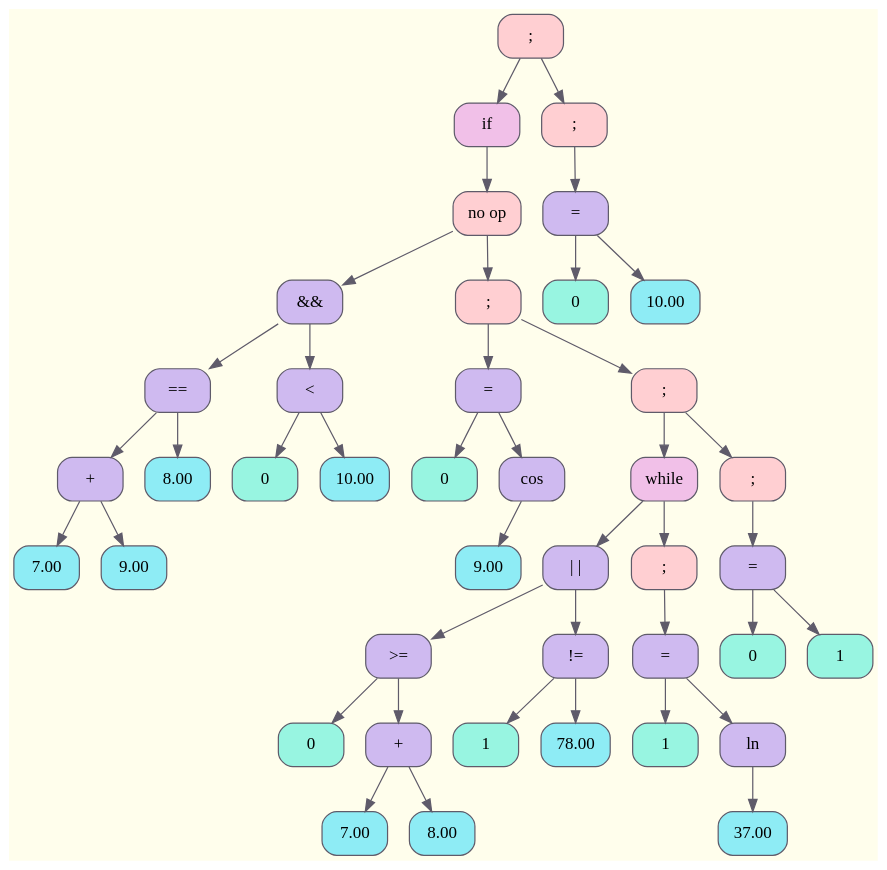
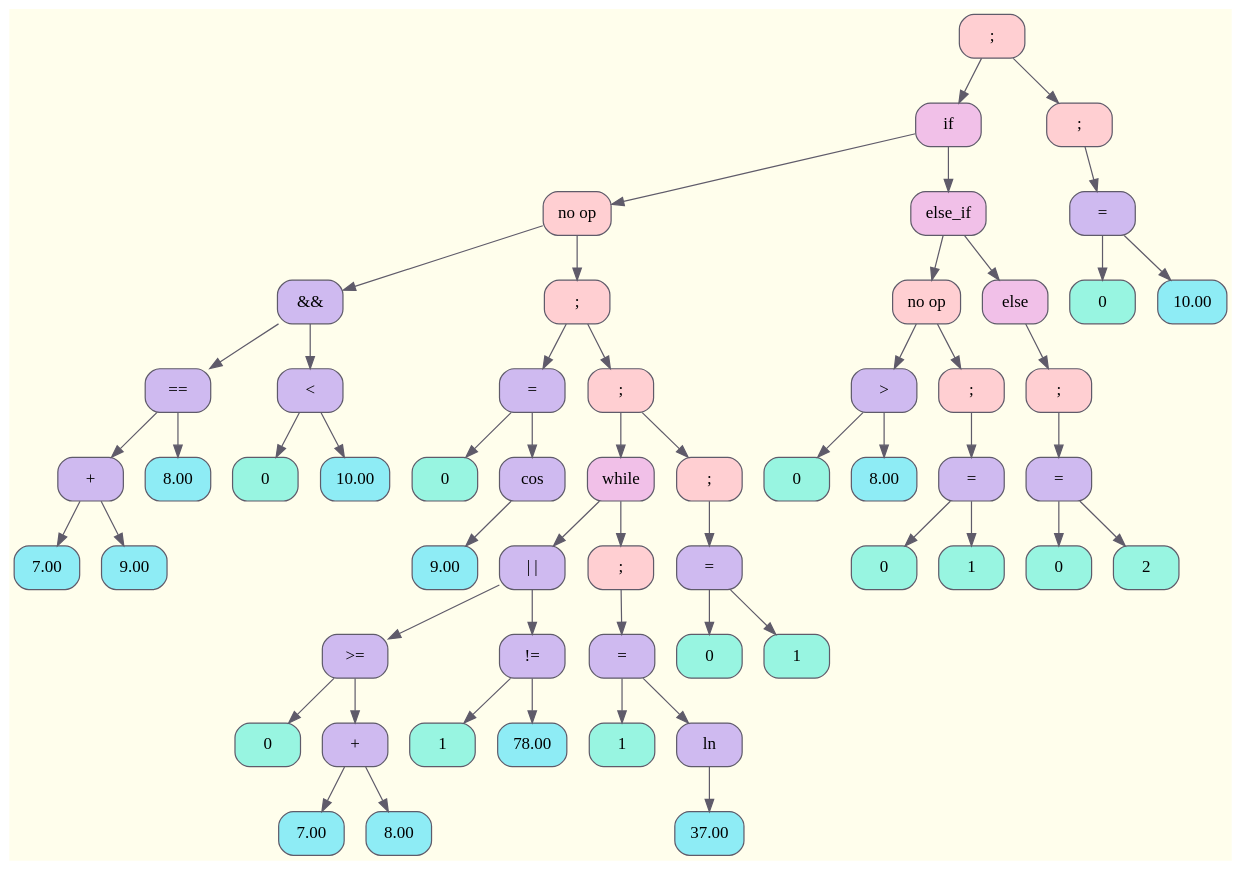
Before and after one commit to ksshkh/language: the diagram in frontend/debug/tree.dot, drawn with Graphviz. The commit also changed 8 other files, not shown here.

```diff
--- a/frontend/debug/tree.dot
+++ b/frontend/debug/tree.dot
@@ -3,85 +3,113 @@
 	node [shape = record];
 	edge [color = "#5F5B6A"];
 	bgcolor = "#FFFEEC";
-	node0x6303d61acb70 [color = "#5F5B6A", shape = Mrecord, style = filled, fillcolor = "#FFCFD2", label = "{;}"];
-		node0x6303d61acb70 -> node0x6303d61acae0
-	node0x6303d61acae0 [color = "#5F5B6A", shape = Mrecord, style = filled, fillcolor = "#F1C0E8", label = "{if}"];
-		node0x6303d61acae0 -> node0x6303d61acab0
-	node0x6303d61acab0 [color = "#5F5B6A", shape = Mrecord, style = filled, fillcolor = "#FFCFD2", label = "{no op}"];
-		node0x6303d61acab0 -> node0x6303d61ac7e0
-	node0x6303d61ac7e0 [color = "#5F5B6A", shape = Mrecord, style = filled, fillcolor = "#CFBAF0", label = "{&&}"];
-		node0x6303d61ac7e0 -> node0x6303d61ac780
-	node0x6303d61ac780 [color = "#5F5B6A", shape = Mrecord, style = filled, fillcolor = "#CFBAF0", label = "{==}"];
-		node0x6303d61ac780 -> node0x6303d61ac750
-	node0x6303d61ac750 [color = "#5F5B6A", shape = Mrecord, style = filled, fillcolor = "#CFBAF0", label = "{+}"];
-		node0x6303d61ac750 -> node0x6303d61aba10
-	node0x6303d61aba10 [color = "#5F5B6A", shape = Mrecord, style = filled, fillcolor = "#8EECF5", label = "{7.00}"];
-		node0x6303d61ac750 -> node0x6303d61aba70
-	node0x6303d61aba70 [color = "#5F5B6A", shape = Mrecord, style = filled, fillcolor = "#8EECF5", label = "{9.00}"];
-		node0x6303d61ac780 -> node0x6303d61abad0
-	node0x6303d61abad0 [color = "#5F5B6A", shape = Mrecord, style = filled, fillcolor = "#8EECF5", label = "{8.00}"];
-		node0x6303d61ac7e0 -> node0x6303d61ac7b0
-	node0x6303d61ac7b0 [color = "#5F5B6A", shape = Mrecord, style = filled, fillcolor = "#CFBAF0", label = "{&lt;}"];
-		node0x6303d61ac7b0 -> node0x6303d61abb30
-	node0x6303d61abb30 [color = "#5F5B6A", shape = Mrecord, style = filled, fillcolor = "#98F5E1", label = "{0}"];
-		node0x6303d61ac7b0 -> node0x6303d61abb90
-	node0x6303d61abb90 [color = "#5F5B6A", shape = Mrecord, style = filled, fillcolor = "#8EECF5", label = "{10.00}"];
-		node0x6303d61acab0 -> node0x6303d61aca80
-	node0x6303d61aca80 [color = "#5F5B6A", shape = Mrecord, style = filled, fillcolor = "#FFCFD2", label = "{;}"];
-		node0x6303d61aca80 -> node0x6303d61ac840
-	node0x6303d61ac840 [color = "#5F5B6A", shape = Mrecord, style = filled, fillcolor = "#CFBAF0", label = "{=}"];
-		node0x6303d61ac840 -> node0x6303d61abc20
-	node0x6303d61abc20 [color = "#5F5B6A", shape = Mrecord, style = filled, fillcolor = "#98F5E1", label = "{0}"];
-		node0x6303d61ac840 -> node0x6303d61ac810
-	node0x6303d61ac810 [color = "#5F5B6A", shape = Mrecord, style = filled, fillcolor = "#CFBAF0", label = "{cos}"];
-		node0x6303d61ac810 -> node0x6303d61abce0
-	node0x6303d61abce0 [color = "#5F5B6A", shape = Mrecord, style = filled, fillcolor = "#8EECF5", label = "{9.00}"];
-		node0x6303d61aca80 -> node0x6303d61aca50
-	node0x6303d61aca50 [color = "#5F5B6A", shape = Mrecord, style = filled, fillcolor = "#FFCFD2", label = "{;}"];
-		node0x6303d61aca50 -> node0x6303d61ac9c0
-	node0x6303d61ac9c0 [color = "#5F5B6A", shape = Mrecord, style = filled, fillcolor = "#F1C0E8", label = "{while}"];
-		node0x6303d61ac9c0 -> node0x6303d61ac900
-	node0x6303d61ac900 [color = "#5F5B6A", shape = Mrecord, style = filled, fillcolor = "#CFBAF0", label = "{\| \|}"];
-		node0x6303d61ac900 -> node0x6303d61ac8a0
-	node0x6303d61ac8a0 [color = "#5F5B6A", shape = Mrecord, style = filled, fillcolor = "#CFBAF0", label = "{&gt;=}"];
-		node0x6303d61ac8a0 -> node0x6303d61abdd0
-	node0x6303d61abdd0 [color = "#5F5B6A", shape = Mrecord, style = filled, fillcolor = "#98F5E1", label = "{0}"];
-		node0x6303d61ac8a0 -> node0x6303d61ac870
-	node0x6303d61ac870 [color = "#5F5B6A", shape = Mrecord, style = filled, fillcolor = "#CFBAF0", label = "{+}"];
-		node0x6303d61ac870 -> node0x6303d61abe30
-	node0x6303d61abe30 [color = "#5F5B6A", shape = Mrecord, style = filled, fillcolor = "#8EECF5", label = "{7.00}"];
-		node0x6303d61ac870 -> node0x6303d61abe90
-	node0x6303d61abe90 [color = "#5F5B6A", shape = Mrecord, style = filled, fillcolor = "#8EECF5", label = "{8.00}"];
-		node0x6303d61ac900 -> node0x6303d61ac8d0
-	node0x6303d61ac8d0 [color = "#5F5B6A", shape = Mrecord, style = filled, fillcolor = "#CFBAF0", label = "{!=}"];
-		node0x6303d61ac8d0 -> node0x6303d61abef0
-	node0x6303d61abef0 [color = "#5F5B6A", shape = Mrecord, style = filled, fillcolor = "#98F5E1", label = "{1}"];
-		node0x6303d61ac8d0 -> node0x6303d61abf50
-	node0x6303d61abf50 [color = "#5F5B6A", shape = Mrecord, style = filled, fillcolor = "#8EECF5", label = "{78.00}"];
-		node0x6303d61ac9c0 -> node0x6303d61ac990
-	node0x6303d61ac990 [color = "#5F5B6A", shape = Mrecord, style = filled, fillcolor = "#FFCFD2", label = "{;}"];
-		node0x6303d61ac990 -> node0x6303d61ac960
-	node0x6303d61ac960 [color = "#5F5B6A", shape = Mrecord, style = filled, fillcolor = "#CFBAF0", label = "{=}"];
-		node0x6303d61ac960 -> node0x6303d61abfe0
-	node0x6303d61abfe0 [color = "#5F5B6A", shape = Mrecord, style = filled, fillcolor = "#98F5E1", label = "{1}"];
-		node0x6303d61ac960 -> node0x6303d61ac930
-	node0x6303d61ac930 [color = "#5F5B6A", shape = Mrecord, style = filled, fillcolor = "#CFBAF0", label = "{ln}"];
-		node0x6303d61ac930 -> node0x6303d61ac0a0
-	node0x6303d61ac0a0 [color = "#5F5B6A", shape = Mrecord, style = filled, fillcolor = "#8EECF5", label = "{37.00}"];
-		node0x6303d61aca50 -> node0x6303d61aca20
-	node0x6303d61aca20 [color = "#5F5B6A", shape = Mrecord, style = filled, fillcolor = "#FFCFD2", label = "{;}"];
-		node0x6303d61aca20 -> node0x6303d61ac9f0
-	node0x6303d61ac9f0 [color = "#5F5B6A", shape = Mrecord, style = filled, fillcolor = "#CFBAF0", label = "{=}"];
-		node0x6303d61ac9f0 -> node0x6303d61ac160
-	node0x6303d61ac160 [color = "#5F5B6A", shape = Mrecord, style = filled, fillcolor = "#98F5E1", label = "{0}"];
-		node0x6303d61ac9f0 -> node0x6303d61ac1c0
-	node0x6303d61ac1c0 [color = "#5F5B6A", shape = Mrecord, style = filled, fillcolor = "#98F5E1", label = "{1}"];
-		node0x6303d61acb70 -> node0x6303d61acb40
-	node0x6303d61acb40 [color = "#5F5B6A", shape = Mrecord, style = filled, fillcolor = "#FFCFD2", label = "{;}"];
-		node0x6303d61acb40 -> node0x6303d61acb10
-	node0x6303d61acb10 [color = "#5F5B6A", shape = Mrecord, style = filled, fillcolor = "#CFBAF0", label = "{=}"];
-		node0x6303d61acb10 -> node0x6303d61ac250
-	node0x6303d61ac250 [color = "#5F5B6A", shape = Mrecord, style = filled, fillcolor = "#98F5E1", label = "{0}"];
-		node0x6303d61acb10 -> node0x6303d61ac2b0
-	node0x6303d61ac2b0 [color = "#5F5B6A", shape = Mrecord, style = filled, fillcolor = "#8EECF5", label = "{10.00}"];
+	node0x63805e4bc240 [color = "#5F5B6A", shape = Mrecord, style = filled, fillcolor = "#FFCFD2", label = "{;}"];
+		node0x63805e4bc240 -> node0x63805e4bc1b0
+	node0x63805e4bc1b0 [color = "#5F5B6A", shape = Mrecord, style = filled, fillcolor = "#F1C0E8", label = "{if}"];
+		node0x63805e4bc1b0 -> node0x63805e4bc000
+	node0x63805e4bc000 [color = "#5F5B6A", shape = Mrecord, style = filled, fillcolor = "#FFCFD2", label = "{no op}"];
+		node0x63805e4bc000 -> node0x63805e4bbd30
+	node0x63805e4bbd30 [color = "#5F5B6A", shape = Mrecord, style = filled, fillcolor = "#CFBAF0", label = "{&&}"];
+		node0x63805e4bbd30 -> node0x63805e4bbcd0
+	node0x63805e4bbcd0 [color = "#5F5B6A", shape = Mrecord, style = filled, fillcolor = "#CFBAF0", label = "{==}"];
+		node0x63805e4bbcd0 -> node0x63805e4bbca0
+	node0x63805e4bbca0 [color = "#5F5B6A", shape = Mrecord, style = filled, fillcolor = "#CFBAF0", label = "{+}"];
+		node0x63805e4bbca0 -> node0x63805e4babd0
+	node0x63805e4babd0 [color = "#5F5B6A", shape = Mrecord, style = filled, fillcolor = "#8EECF5", label = "{7.00}"];
+		node0x63805e4bbca0 -> node0x63805e4bac30
+	node0x63805e4bac30 [color = "#5F5B6A", shape = Mrecord, style = filled, fillcolor = "#8EECF5", label = "{9.00}"];
+		node0x63805e4bbcd0 -> node0x63805e4bac90
+	node0x63805e4bac90 [color = "#5F5B6A", shape = Mrecord, style = filled, fillcolor = "#8EECF5", label = "{8.00}"];
+		node0x63805e4bbd30 -> node0x63805e4bbd00
+	node0x63805e4bbd00 [color = "#5F5B6A", shape = Mrecord, style = filled, fillcolor = "#CFBAF0", label = "{&lt;}"];
+		node0x63805e4bbd00 -> node0x63805e4bacf0
+	node0x63805e4bacf0 [color = "#5F5B6A", shape = Mrecord, style = filled, fillcolor = "#98F5E1", label = "{0}"];
+		node0x63805e4bbd00 -> node0x63805e4bad50
+	node0x63805e4bad50 [color = "#5F5B6A", shape = Mrecord, style = filled, fillcolor = "#8EECF5", label = "{10.00}"];
+		node0x63805e4bc000 -> node0x63805e4bbfd0
+	node0x63805e4bbfd0 [color = "#5F5B6A", shape = Mrecord, style = filled, fillcolor = "#FFCFD2", label = "{;}"];
+		node0x63805e4bbfd0 -> node0x63805e4bbd90
+	node0x63805e4bbd90 [color = "#5F5B6A", shape = Mrecord, style = filled, fillcolor = "#CFBAF0", label = "{=}"];
+		node0x63805e4bbd90 -> node0x63805e4bade0
+	node0x63805e4bade0 [color = "#5F5B6A", shape = Mrecord, style = filled, fillcolor = "#98F5E1", label = "{0}"];
+		node0x63805e4bbd90 -> node0x63805e4bbd60
+	node0x63805e4bbd60 [color = "#5F5B6A", shape = Mrecord, style = filled, fillcolor = "#CFBAF0", label = "{cos}"];
+		node0x63805e4bbd60 -> node0x63805e4baea0
+	node0x63805e4baea0 [color = "#5F5B6A", shape = Mrecord, style = filled, fillcolor = "#8EECF5", label = "{9.00}"];
+		node0x63805e4bbfd0 -> node0x63805e4bbfa0
+	node0x63805e4bbfa0 [color = "#5F5B6A", shape = Mrecord, style = filled, fillcolor = "#FFCFD2", label = "{;}"];
+		node0x63805e4bbfa0 -> node0x63805e4bbf10
+	node0x63805e4bbf10 [color = "#5F5B6A", shape = Mrecord, style = filled, fillcolor = "#F1C0E8", label = "{while}"];
+		node0x63805e4bbf10 -> node0x63805e4bbe50
+	node0x63805e4bbe50 [color = "#5F5B6A", shape = Mrecord, style = filled, fillcolor = "#CFBAF0", label = "{\| \|}"];
+		node0x63805e4bbe50 -> node0x63805e4bbdf0
+	node0x63805e4bbdf0 [color = "#5F5B6A", shape = Mrecord, style = filled, fillcolor = "#CFBAF0", label = "{&gt;=}"];
+		node0x63805e4bbdf0 -> node0x63805e4baf90
+	node0x63805e4baf90 [color = "#5F5B6A", shape = Mrecord, style = filled, fillcolor = "#98F5E1", label = "{0}"];
+		node0x63805e4bbdf0 -> node0x63805e4bbdc0
+	node0x63805e4bbdc0 [color = "#5F5B6A", shape = Mrecord, style = filled, fillcolor = "#CFBAF0", label = "{+}"];
+		node0x63805e4bbdc0 -> node0x63805e4baff0
+	node0x63805e4baff0 [color = "#5F5B6A", shape = Mrecord, style = filled, fillcolor = "#8EECF5", label = "{7.00}"];
+		node0x63805e4bbdc0 -> node0x63805e4bb050
+	node0x63805e4bb050 [color = "#5F5B6A", shape = Mrecord, style = filled, fillcolor = "#8EECF5", label = "{8.00}"];
+		node0x63805e4bbe50 -> node0x63805e4bbe20
+	node0x63805e4bbe20 [color = "#5F5B6A", shape = Mrecord, style = filled, fillcolor = "#CFBAF0", label = "{!=}"];
+		node0x63805e4bbe20 -> node0x63805e4bb0b0
+	node0x63805e4bb0b0 [color = "#5F5B6A", shape = Mrecord, style = filled, fillcolor = "#98F5E1", label = "{1}"];
+		node0x63805e4bbe20 -> node0x63805e4bb110
+	node0x63805e4bb110 [color = "#5F5B6A", shape = Mrecord, style = filled, fillcolor = "#8EECF5", label = "{78.00}"];
+		node0x63805e4bbf10 -> node0x63805e4bbee0
+	node0x63805e4bbee0 [color = "#5F5B6A", shape = Mrecord, style = filled, fillcolor = "#FFCFD2", label = "{;}"];
+		node0x63805e4bbee0 -> node0x63805e4bbeb0
+	node0x63805e4bbeb0 [color = "#5F5B6A", shape = Mrecord, style = filled, fillcolor = "#CFBAF0", label = "{=}"];
+		node0x63805e4bbeb0 -> node0x63805e4bb1a0
+	node0x63805e4bb1a0 [color = "#5F5B6A", shape = Mrecord, style = filled, fillcolor = "#98F5E1", label = "{1}"];
+		node0x63805e4bbeb0 -> node0x63805e4bbe80
+	node0x63805e4bbe80 [color = "#5F5B6A", shape = Mrecord, style = filled, fillcolor = "#CFBAF0", label = "{ln}"];
+		node0x63805e4bbe80 -> node0x63805e4bb260
+	node0x63805e4bb260 [color = "#5F5B6A", shape = Mrecord, style = filled, fillcolor = "#8EECF5", label = "{37.00}"];
+		node0x63805e4bbfa0 -> node0x63805e4bbf70
+	node0x63805e4bbf70 [color = "#5F5B6A", shape = Mrecord, style = filled, fillcolor = "#FFCFD2", label = "{;}"];
+		node0x63805e4bbf70 -> node0x63805e4bbf40
+	node0x63805e4bbf40 [color = "#5F5B6A", shape = Mrecord, style = filled, fillcolor = "#CFBAF0", label = "{=}"];
+		node0x63805e4bbf40 -> node0x63805e4bb320
+	node0x63805e4bb320 [color = "#5F5B6A", shape = Mrecord, style = filled, fillcolor = "#98F5E1", label = "{0}"];
+		node0x63805e4bbf40 -> node0x63805e4bb380
+	node0x63805e4bb380 [color = "#5F5B6A", shape = Mrecord, style = filled, fillcolor = "#98F5E1", label = "{1}"];
+		node0x63805e4bc1b0 -> node0x63805e4bc180
+	node0x63805e4bc180 [color = "#5F5B6A", shape = Mrecord, style = filled, fillcolor = "#F1C0E8", label = "{else_if}"];
+		node0x63805e4bc180 -> node0x63805e4bc0c0
+	node0x63805e4bc0c0 [color = "#5F5B6A", shape = Mrecord, style = filled, fillcolor = "#FFCFD2", label = "{no op}"];
+		node0x63805e4bc0c0 -> node0x63805e4bc030
+	node0x63805e4bc030 [color = "#5F5B6A", shape = Mrecord, style = filled, fillcolor = "#CFBAF0", label = "{&gt;}"];
+		node0x63805e4bc030 -> node0x63805e4bb470
+	node0x63805e4bb470 [color = "#5F5B6A", shape = Mrecord, style = filled, fillcolor = "#98F5E1", label = "{0}"];
+		node0x63805e4bc030 -> node0x63805e4bb4d0
+	node0x63805e4bb4d0 [color = "#5F5B6A", shape = Mrecord, style = filled, fillcolor = "#8EECF5", label = "{8.00}"];
+		node0x63805e4bc0c0 -> node0x63805e4bc090
+	node0x63805e4bc090 [color = "#5F5B6A", shape = Mrecord, style = filled, fillcolor = "#FFCFD2", label = "{;}"];
+		node0x63805e4bc090 -> node0x63805e4bc060
+	node0x63805e4bc060 [color = "#5F5B6A", shape = Mrecord, style = filled, fillcolor = "#CFBAF0", label = "{=}"];
+		node0x63805e4bc060 -> node0x63805e4bb560
+	node0x63805e4bb560 [color = "#5F5B6A", shape = Mrecord, style = filled, fillcolor = "#98F5E1", label = "{0}"];
+		node0x63805e4bc060 -> node0x63805e4bb5c0
+	node0x63805e4bb5c0 [color = "#5F5B6A", shape = Mrecord, style = filled, fillcolor = "#98F5E1", label = "{1}"];
+		node0x63805e4bc180 -> node0x63805e4bc150
+	node0x63805e4bc150 [color = "#5F5B6A", shape = Mrecord, style = filled, fillcolor = "#F1C0E8", label = "{else}"];
+		node0x63805e4bc150 -> node0x63805e4bc120
+	node0x63805e4bc120 [color = "#5F5B6A", shape = Mrecord, style = filled, fillcolor = "#FFCFD2", label = "{;}"];
+		node0x63805e4bc120 -> node0x63805e4bc0f0
+	node0x63805e4bc0f0 [color = "#5F5B6A", shape = Mrecord, style = filled, fillcolor = "#CFBAF0", label = "{=}"];
+		node0x63805e4bc0f0 -> node0x63805e4bb6b0
+	node0x63805e4bb6b0 [color = "#5F5B6A", shape = Mrecord, style = filled, fillcolor = "#98F5E1", label = "{0}"];
+		node0x63805e4bc0f0 -> node0x63805e4bb710
+	node0x63805e4bb710 [color = "#5F5B6A", shape = Mrecord, style = filled, fillcolor = "#98F5E1", label = "{2}"];
+		node0x63805e4bc240 -> node0x63805e4bc210
+	node0x63805e4bc210 [color = "#5F5B6A", shape = Mrecord, style = filled, fillcolor = "#FFCFD2", label = "{;}"];
+		node0x63805e4bc210 -> node0x63805e4bc1e0
+	node0x63805e4bc1e0 [color = "#5F5B6A", shape = Mrecord, style = filled, fillcolor = "#CFBAF0", label = "{=}"];
+		node0x63805e4bc1e0 -> node0x63805e4bb7a0
+	node0x63805e4bb7a0 [color = "#5F5B6A", shape = Mrecord, style = filled, fillcolor = "#98F5E1", label = "{0}"];
+		node0x63805e4bc1e0 -> node0x63805e4bb800
+	node0x63805e4bb800 [color = "#5F5B6A", shape = Mrecord, style = filled, fillcolor = "#8EECF5", label = "{10.00}"];
 }
```
